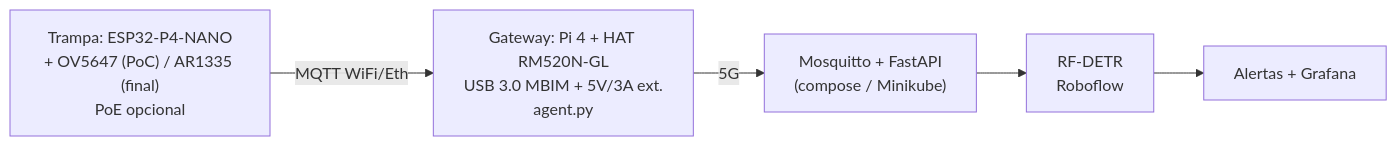
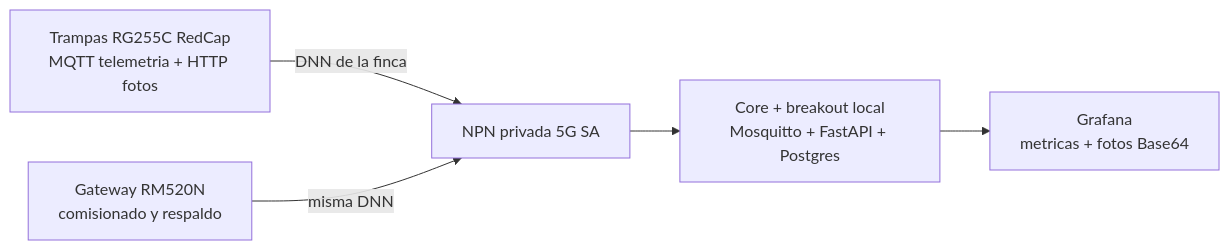
The first of 3 diagrams in docs-site/docs/explanation/hardware-decisiones.md (vertivolatam/hackathon-5g-2026), drawn with Mermaid before and after one commit. The commit also changed other lines of this file and 13 other files, not shown here.

First line of the commit message:
feat(fotos): pipeline trampa-HTTP-Postgres-Grafana + Timescale + diagramas

````diff
--- a/docs-site/docs/explanation/hardware-decisiones.md
+++ b/docs-site/docs/explanation/hardware-decisiones.md
@@ -9,7 +9,7 @@
 ```mermaid
 graph LR
-    T["Trampa: ESP32-P4-NANO<br/>+ OV5647 (PoC) / AR1335 (final)<br/>PoE opcional"] -->|MQTT WiFi/Eth| G
-    G["Gateway: Pi 4 + HAT RM520N-GL<br/>USB 3.0 MBIM + 5V/3A ext.<br/>agent.py"] -->|5G| N
-    N["Mosquitto + FastAPI<br/>(compose / Minikube)"] --> R["RF-DETR<br/>Roboflow"]
-    R --> D["Alertas + Grafana"]
+    T["Trampas RG255C RedCap<br/>MQTT telemetria + HTTP fotos"] -->|DNN de la finca| NPN["NPN privada 5G SA"]
+    G["Gateway RM520N<br/>comisionado y respaldo"] -->|misma DNN| NPN
+    NPN --> CORE["Core + breakout local<br/>Mosquitto + FastAPI + Postgres"]
+    CORE --> GR["Grafana<br/>metricas + fotos Base64"]
 ```
````
